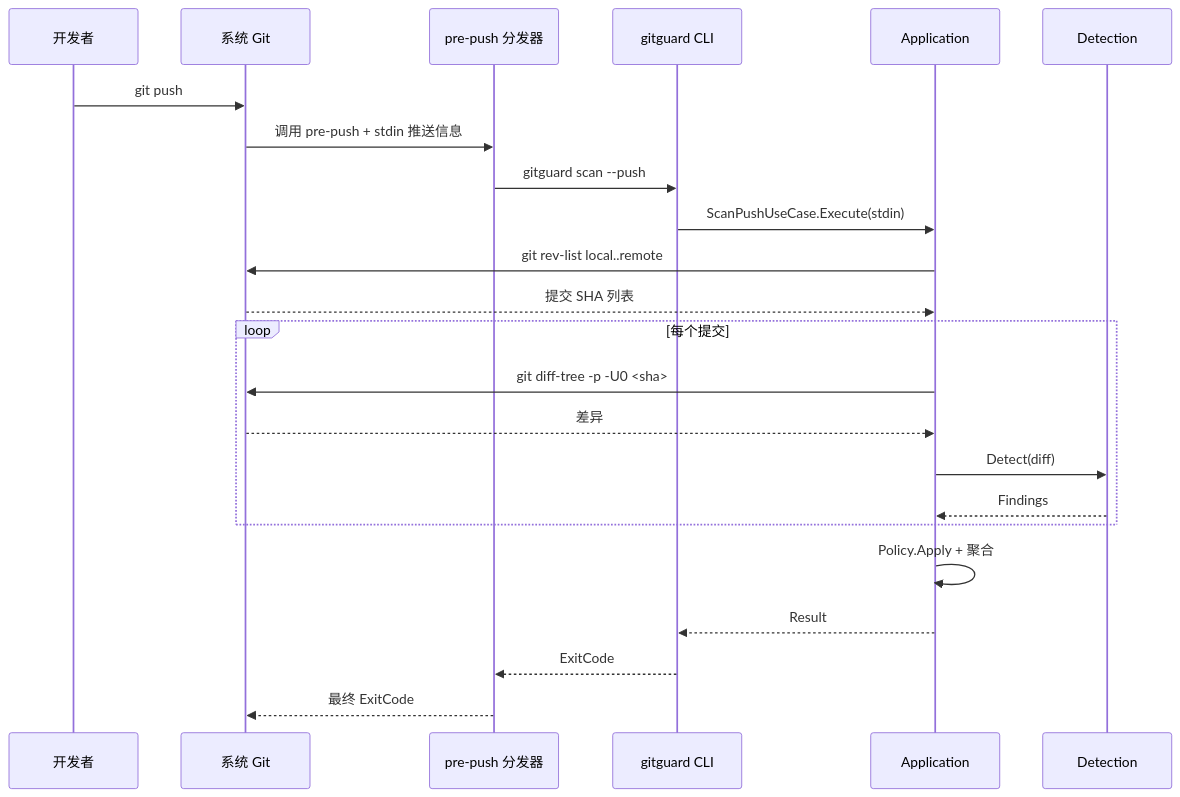
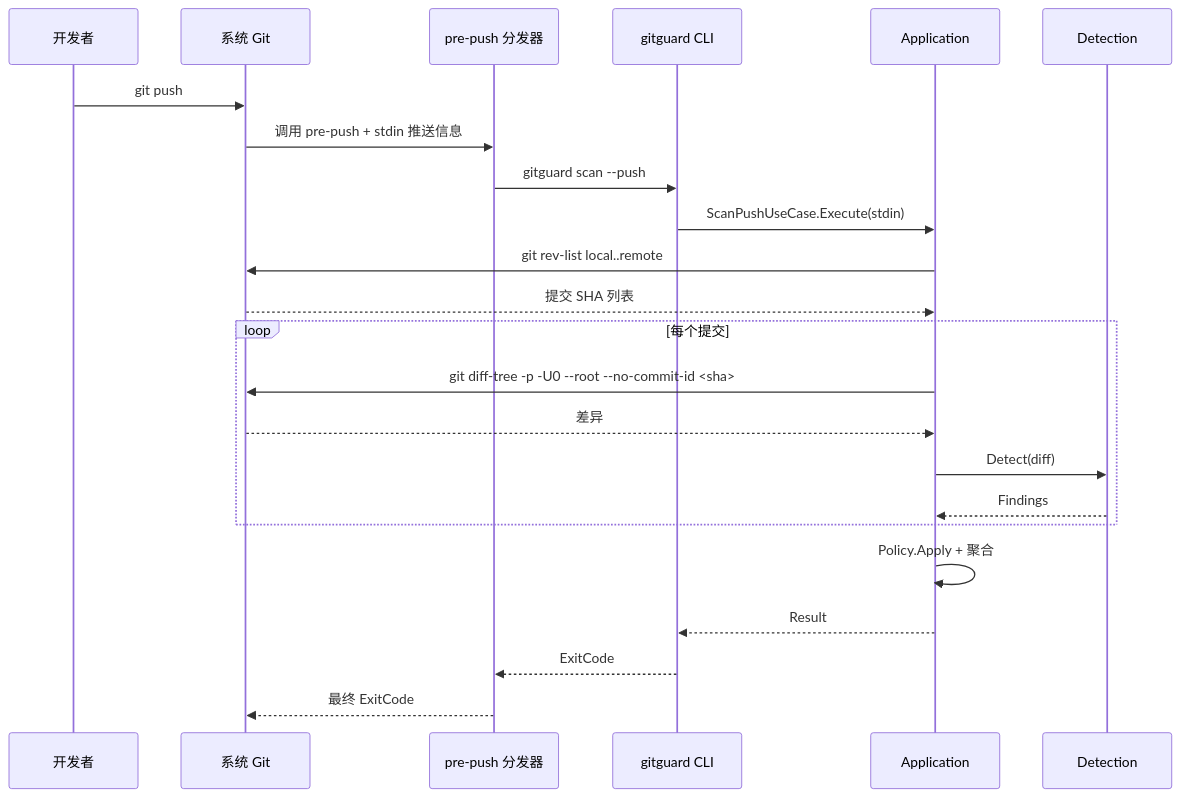
One commit to Camefor/GitGuard changed the fourth of 6 diagrams in docs/03-系统架构设计(SAD).md. Above: the diagram before and after it, drawn with Mermaid. The commit also changed 13 other files, not shown here.

````diff
--- a/docs/03-系统架构设计(SAD).md
+++ b/docs/03-系统架构设计(SAD).md
@@ -196,26 +196,26 @@
 ```mermaid
 sequenceDiagram
     participant Dev as 开发者
     participant Git as 系统 Git
     participant Hook as pre-push 分发器
     participant Cli as gitguard CLI
     participant App as Application
     participant Det as Detection
 
     Dev->>Git: git push
     Git->>Hook: 调用 pre-push + stdin 推送信息
     Hook->>Cli: gitguard scan --push
     Cli->>App: ScanPushUseCase.Execute(stdin)
     App->>Git: git rev-list local..remote
     Git-->>App: 提交 SHA 列表
     loop 每个提交
-        App->>Git: git diff-tree -p -U0 <sha>
+        App->>Git: git diff-tree -p -U0 --root --no-commit-id <sha>
         Git-->>App: 差异
         App->>Det: Detect(diff)
         Det-->>App: Findings
     end
     App->>App: Policy.Apply + 聚合
     App-->>Cli: Result
     Cli-->>Hook: ExitCode
     Hook-->>Git: 最终 ExitCode
 ```
````
